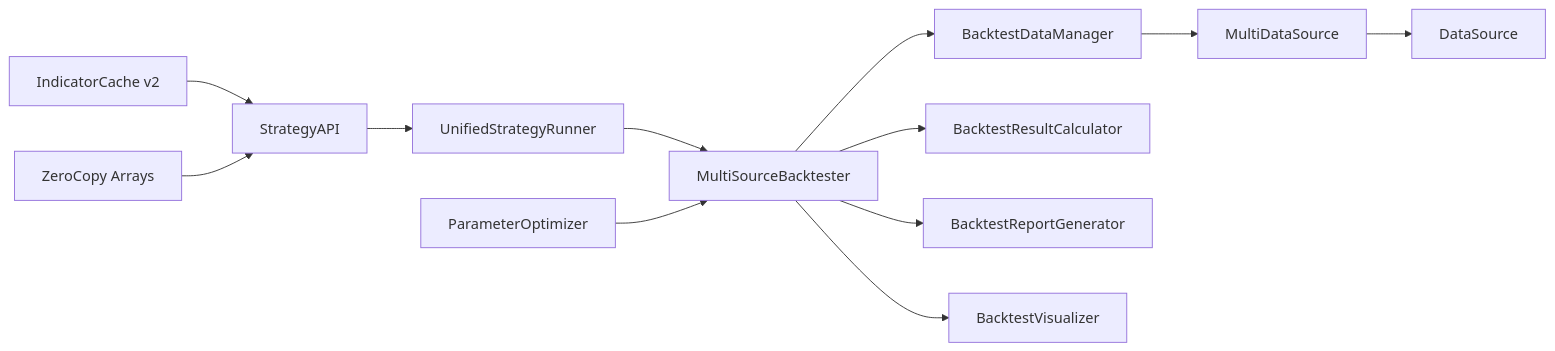
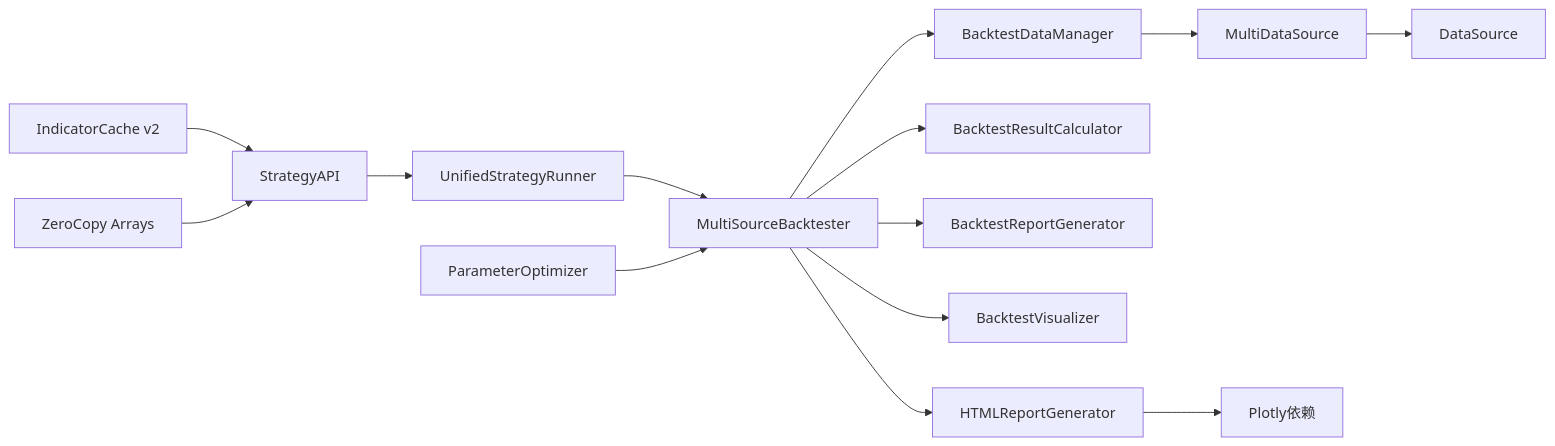
Before and after one commit to maxtwoon/ssquant: the eighth of 8 diagrams in .qoder/repowiki/zh/content/回测引擎详解/回测引擎详解.md, drawn with Mermaid. The commit also changed other lines of this file and 21 other files, not shown here.

````diff
--- a/.qoder/repowiki/zh/content/回测引擎详解/回测引擎详解.md
+++ b/.qoder/repowiki/zh/content/回测引擎详解/回测引擎详解.md
@@ -447,14 +501,16 @@
 ```mermaid
 graph LR
 UR["UnifiedStrategyRunner"] --> BT["MultiSourceBacktester"]
 BT --> DM["BacktestDataManager"]
 BT --> RC["BacktestResultCalculator"]
 BT --> RG["BacktestReportGenerator"]
 BT --> VZ["BacktestVisualizer"]
+BT --> HR["HTMLReportGenerator"]
 DM --> MDS["MultiDataSource"]
 MDS --> DS["DataSource"]
 PO["ParameterOptimizer"] --> BT
 SA["StrategyAPI"] --> UR
 IC["IndicatorCache v2"] --> SA
 ZC["ZeroCopy Arrays"] --> SA
+HR --> PLOTLY["Plotly依赖"]
 ```
````
